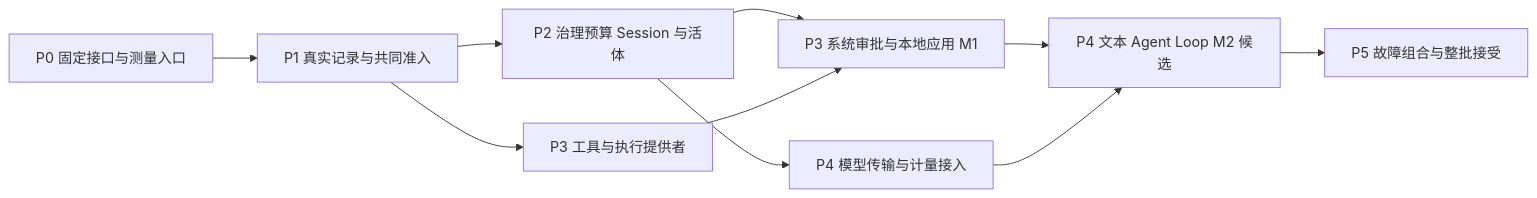
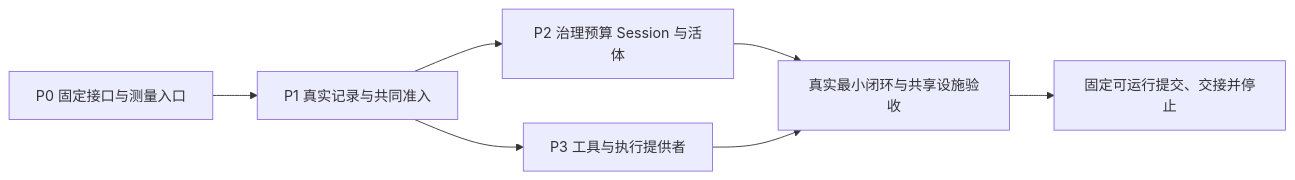
Before and after one commit to nemori-ai/omne-harness-lite: the diagram in docs/proposals/core-capabilities/implementation/plan.md, drawn with Mermaid. The commit also changed other lines of this file and 7 other files, not shown here.

````diff
--- a/docs/proposals/core-capabilities/implementation/plan.md
+++ b/docs/proposals/core-capabilities/implementation/plan.md
@@ -8,12 +8,9 @@
 ```mermaid
 flowchart LR
   P0["P0 固定接口与测量入口"] --> P1["P1 真实记录与共同准入"]
   P1 --> P2["P2 治理预算 Session 与活体"]
   P1 --> P3a["P3 工具与执行提供者"]
-  P2 --> P3b["P3 系统审批与本地应用 M1"]
-  P3a --> P3b
-  P2 --> P4a["P4 模型传输与计量接入"]
-  P3b --> P4b["P4 文本 Agent Loop M2 候选"]
-  P4a --> P4b
-  P4b --> P5["P5 故障组合与整批接受"]
+  P2 --> R["真实最小闭环与共享设施验收"]
+  P3a --> R
+  R --> H["固定可运行提交、交接并停止"]
 ```
````
